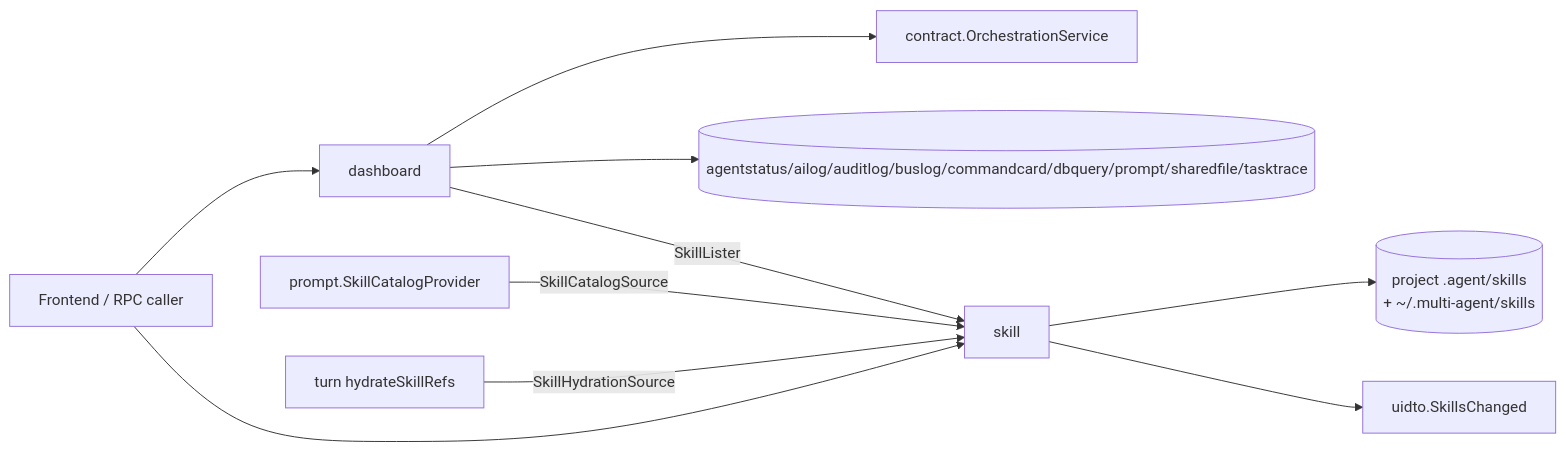
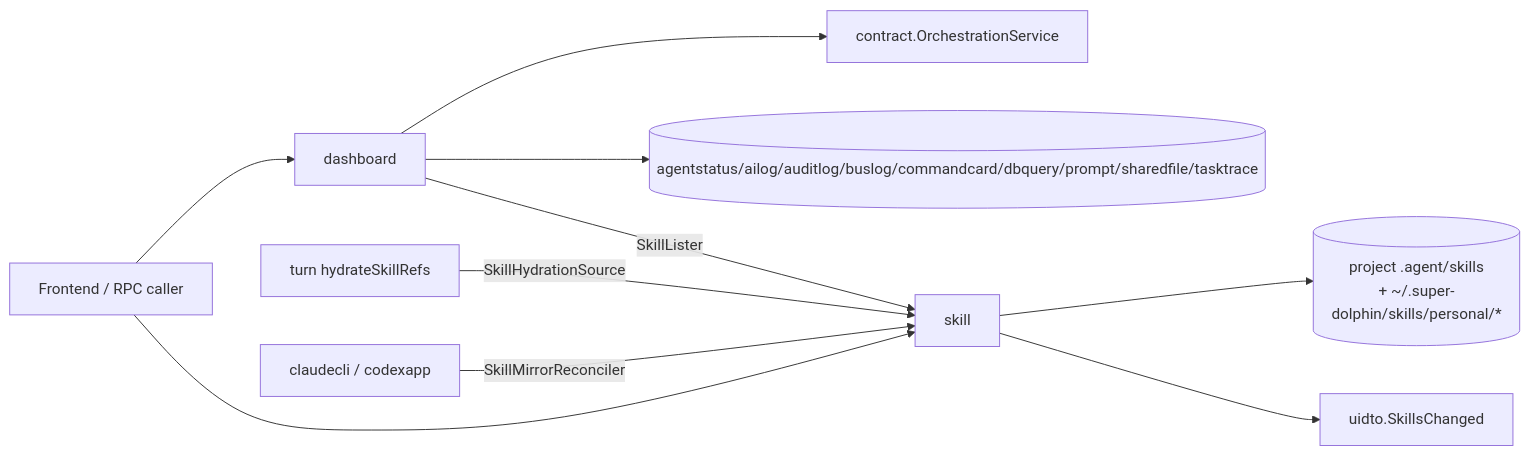
Before and after one commit to lihah111222333-cloud/Super-Dolphin-Agent-Cockpit: the first of 8 diagrams in docs/doc/codemap/07-module-read.md, drawn with Mermaid. The commit also changed other lines of this file and 267 other files, not shown here.

Commit message:
feat(skill): land provider-native skill v1

````diff
--- a/docs/doc/codemap/07-module-read.md
+++ b/docs/doc/codemap/07-module-read.md
@@ -15,12 +15,12 @@
 ```mermaid
 flowchart LR
     UI[Frontend / RPC caller] --> DASH[dashboard]
     UI --> SKILL[skill]
     DASH --> ORCH[contract.OrchestrationService]
     DASH --> STORES[(agentstatus/ailog/auditlog/buslog/commandcard/dbquery/prompt/sharedfile/tasktrace)]
     DASH -->|SkillLister| SKILL
-    SKILL --> ROOTS[(project .agent/skills\n+ ~/.multi-agent/skills)]
+    SKILL --> ROOTS[(project .agent/skills\n+ ~/.super-dolphin/skills/personal/*)]
     SKILL --> EVENTS[uidto.SkillsChanged]
-    PROMPT[prompt.SkillCatalogProvider] -->|SkillCatalogSource| SKILL
     TURN[turn hydrateSkillRefs] -->|SkillHydrationSource| SKILL
+    PROVIDERS[claudecli / codexapp] -->|SkillMirrorReconciler| SKILL
 ```
````
